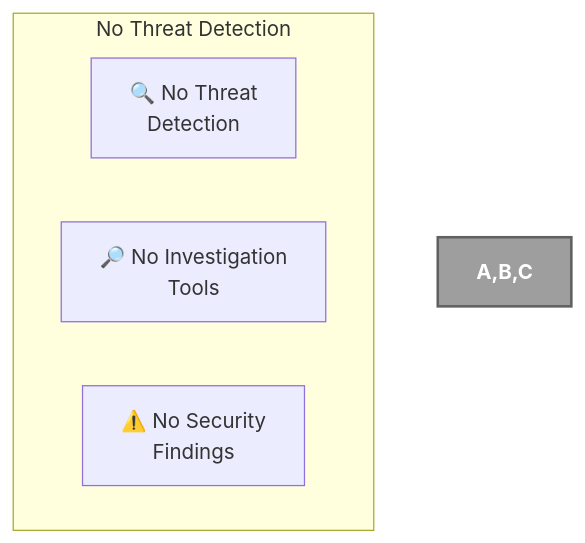
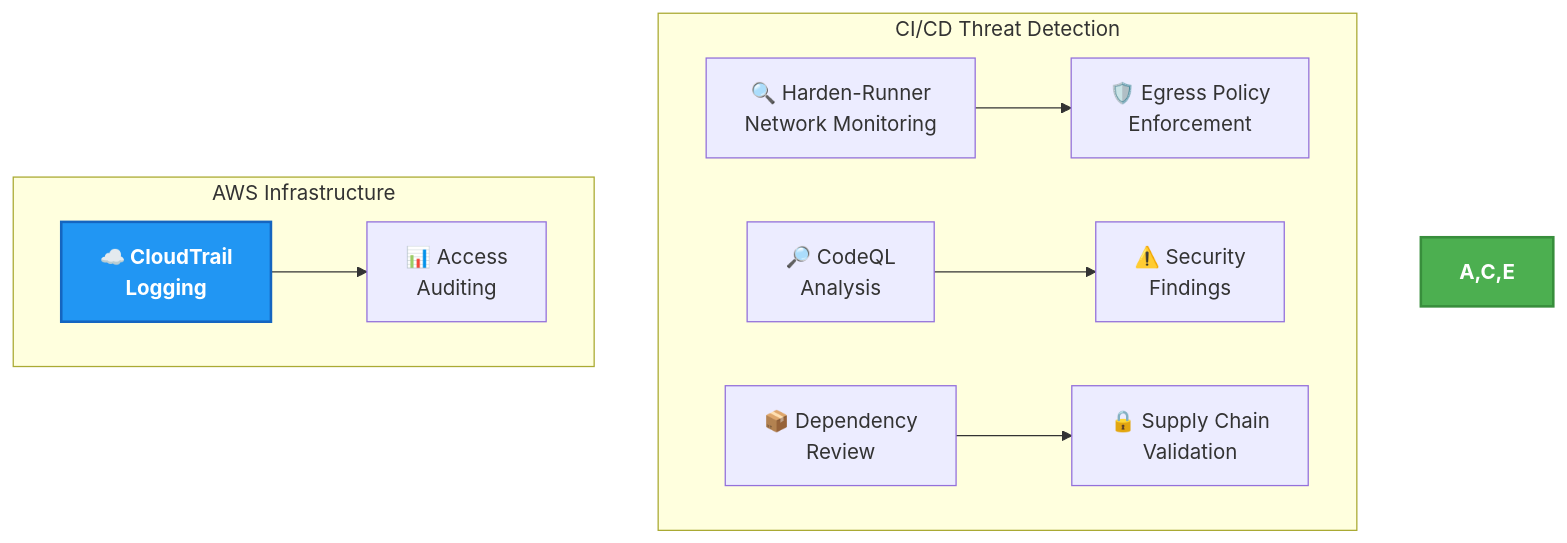
One commit to Hack23/cia-compliance-manager changed diagram 11 of 32 in docs/architecture/SECURITY_ARCHITECTURE.md. Above: the diagram before and after it, drawn with Mermaid. The commit also changed other lines of this file and 9 other files, not shown here.

First line of the commit message:
docs: update architecture documents to accurately reflect current system (#974)

````diff
--- a/docs/architecture/SECURITY_ARCHITECTURE.md
+++ b/docs/architecture/SECURITY_ARCHITECTURE.md
@@ -995,10 +997,15 @@
 ```mermaid
 flowchart TD
-    subgraph "No Threat Detection"
-        A[🔍 No Threat<br>Detection]
-        B[🔎 No Investigation<br>Tools]
-        C[⚠️ No Security<br>Findings]
+    subgraph "CI/CD Threat Detection"
+        A[🔍 Harden-Runner<br>Network Monitoring] --> B[🛡️ Egress Policy<br>Enforcement]
+        C[🔎 CodeQL<br>Analysis] --> D[⚠️ Security<br>Findings]
+        E[📦 Dependency<br>Review] --> F[🔒 Supply Chain<br>Validation]
     end
 
-    style A,B,C fill:#9E9E9E,stroke:#616161,stroke-width:2px,color:white,font-weight:bold
+    subgraph "AWS Infrastructure"
+        G[☁️ CloudTrail<br>Logging] --> H[📊 Access<br>Auditing]
+    end
+
+    style A,C,E fill:#4CAF50,stroke:#388E3C,stroke-width:2px,color:white,font-weight:bold
+    style G fill:#2196F3,stroke:#1565C0,stroke-width:2px,color:white,font-weight:bold
 ```
````
